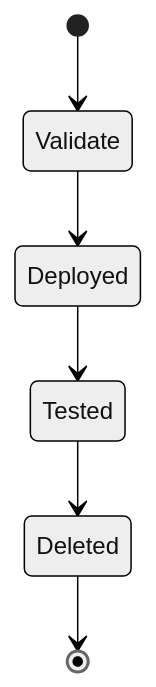
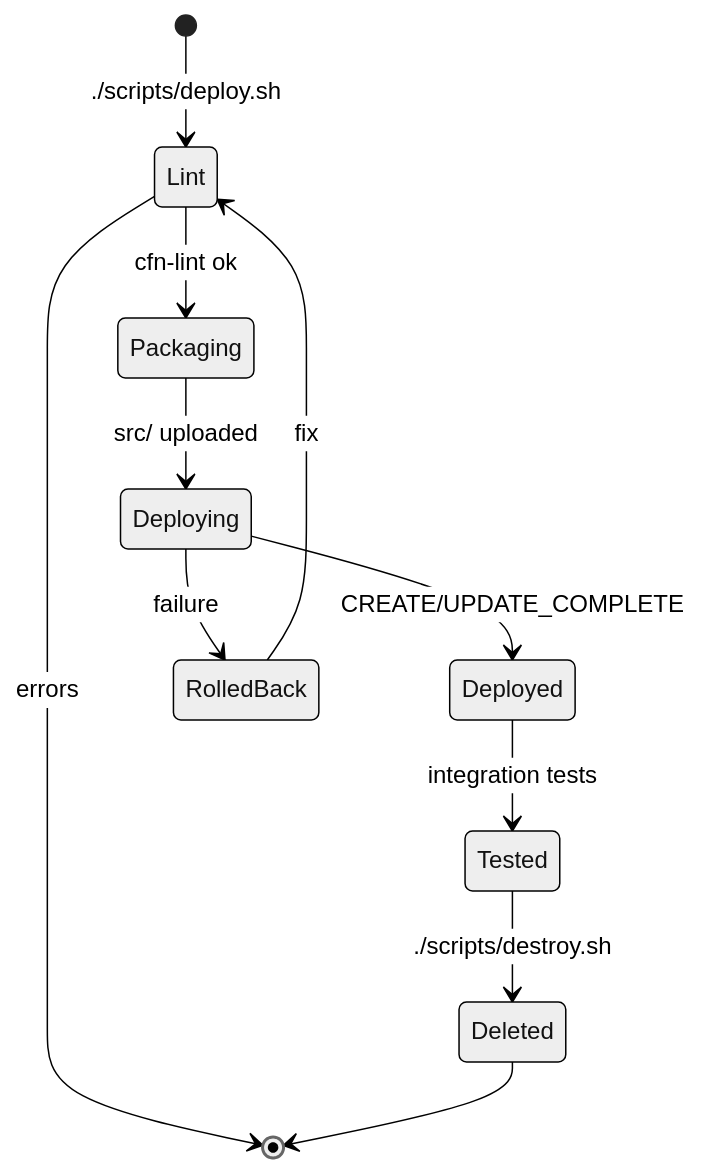
Before and after one commit to TareDevarsh/AWS-cloudformation-projects: the second of 2 diagrams in _template/docs/workflow.md, drawn with Mermaid (neutral theme). The commit also changed other lines of this file and 12 other files, not shown here.

````diff
--- a/_template/docs/workflow.md
+++ b/_template/docs/workflow.md
@@ -18,8 +24,13 @@
 ```mermaid
 stateDiagram-v2
-    [*] --> Validate
-    Validate --> Deployed
-    Deployed --> Tested
-    Tested --> Deleted
+    [*] --> Lint: ./scripts/deploy.sh
+    Lint --> Packaging: cfn-lint ok
+    Lint --> [*]: errors
+    Packaging --> Deploying: src/ uploaded
+    Deploying --> Deployed: CREATE/UPDATE_COMPLETE
+    Deploying --> RolledBack: failure
+    RolledBack --> Lint: fix
+    Deployed --> Tested: integration tests
+    Tested --> Deleted: ./scripts/destroy.sh
     Deleted --> [*]
 ```
````
